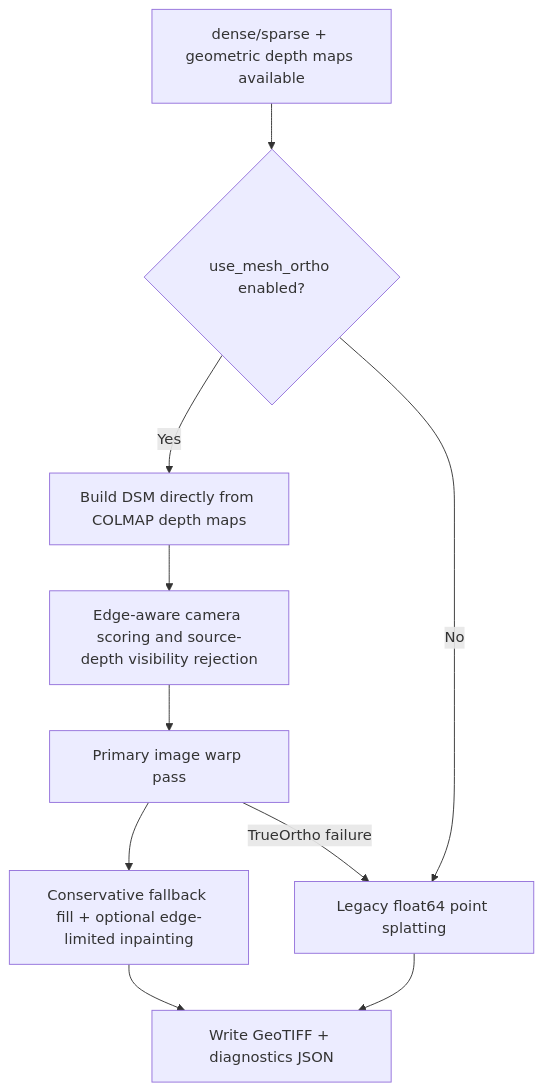
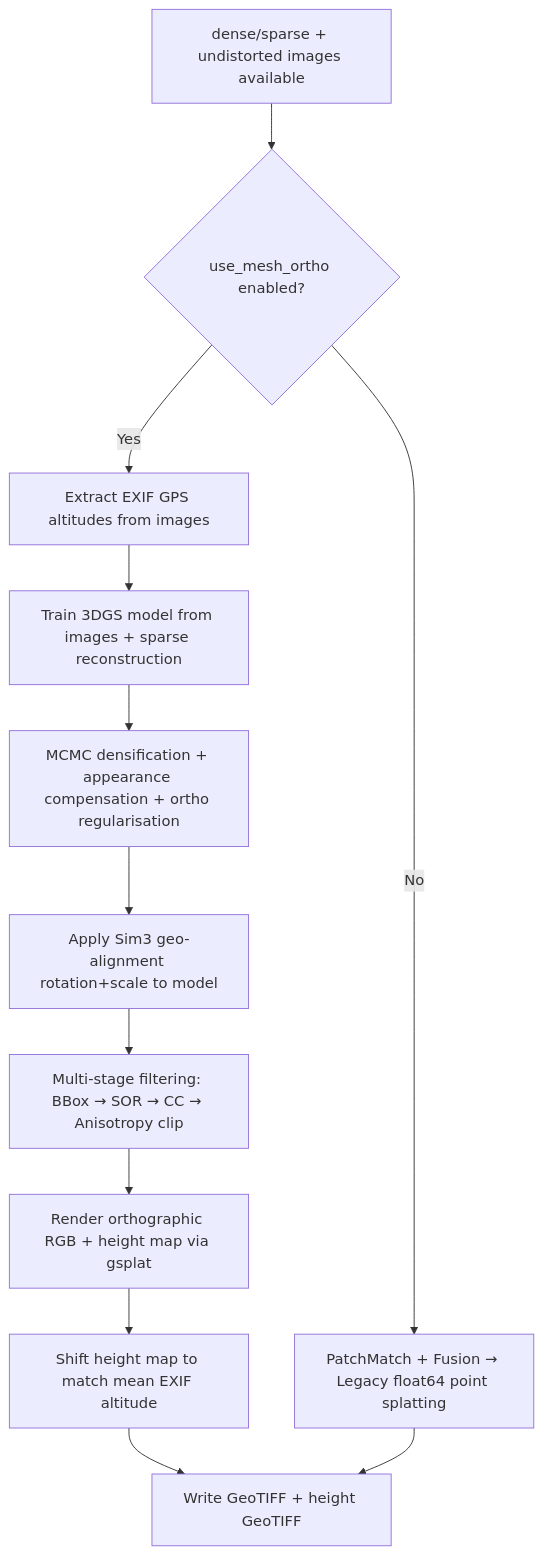
One commit to olivelb/DroneAI changed the fourth of 7 diagrams in DOCUMENTATION.md. Above: the diagram before and after it, drawn with Mermaid. The commit also changed other lines of this file and 25 other files, not shown here.

````diff
--- a/DOCUMENTATION.md
+++ b/DOCUMENTATION.md
@@ -766,12 +901,14 @@
 ```mermaid
 flowchart TD
-  A[dense/sparse + geometric depth maps available] --> B{use_mesh_ortho enabled?}
-  B -->|Yes| C[Build DSM directly from COLMAP depth maps]
-  C --> D[Edge-aware camera scoring and source-depth visibility rejection]
-  D --> E[Primary image warp pass]
-  E --> F[Conservative fallback fill + optional edge-limited inpainting]
-  F --> H[Write GeoTIFF + diagnostics JSON]
-    B -->|No| I[Legacy float64 point splatting]
-  E -->|TrueOrtho failure| I
-    I --> H
+  A[dense/sparse + undistorted images available] --> B{use_mesh_ortho enabled?}
+  B -->|Yes| C0[Extract EXIF GPS altitudes from images]
+  C0 --> C[Train 3DGS model from images + sparse reconstruction]
+  C --> C1[MCMC densification + appearance compensation + ortho regularisation]
+  C1 --> C2[Apply Sim3 geo-alignment rotation+scale to model]
+  C2 --> D[Multi-stage filtering: BBox → SOR → CC → Anisotropy clip]
+  D --> E[Render orthographic RGB + height map via gsplat]
+  E --> E1[Shift height map to match mean EXIF altitude]
+  E1 --> H[Write GeoTIFF + height GeoTIFF]
+  B -->|No| I[PatchMatch + Fusion → Legacy float64 point splatting]
+  I --> H
 ```
````
